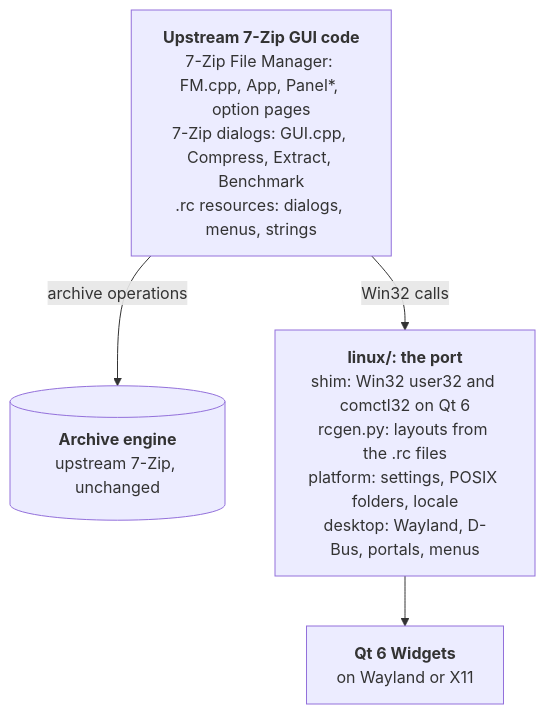
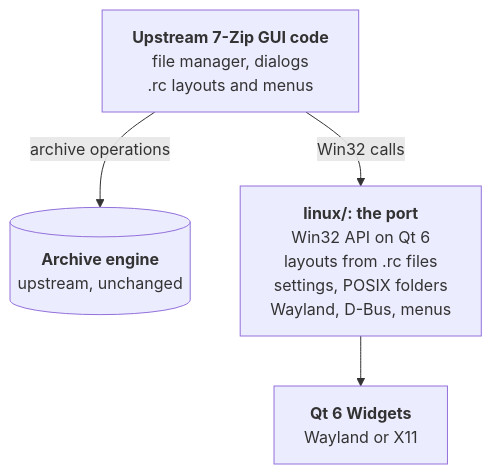
Before and after one commit to mikigal/7zip-linux: the diagram in .github/README.md, drawn with Mermaid. The commit also changed other lines of this file and 1 other file, not shown here.

Commit message:
docs: README screenshot of an open archive, shorter diagram labels
The Screenshots section starts with 7zFM showing a 7z archive with
folders and files of many types, four of them selected, and the columns
that 7z stores (packed size, attributes, CRC, method).

GitHub renders Mermaid labels at most 200 pixels wide, which folded the
long lines of the diagram into narrow columns; the labels are now short.

````diff
--- a/.github/README.md
+++ b/.github/README.md
@@ -355,10 +361,10 @@
 ```mermaid
 flowchart TB
-  ui["<b>Upstream 7-Zip GUI code</b><br/>7-Zip File Manager: FM.cpp, App, Panel*, option pages<br/>7-Zip dialogs: GUI.cpp, Compress, Extract, Benchmark<br/>.rc resources: dialogs, menus, strings"]
-  core[("<b>Archive engine</b><br/>upstream 7-Zip, unchanged")]
-  port["<b>linux/: the port</b><br/>shim: Win32 user32 and comctl32 on Qt 6<br/>rcgen.py: layouts from the .rc files<br/>platform: settings, POSIX folders, locale<br/>desktop: Wayland, D-Bus, portals, menus"]
-  qt["<b>Qt 6 Widgets</b><br/>on Wayland or X11"]
+  ui["<b>Upstream 7-Zip GUI code</b><br/>file manager, dialogs<br/>.rc layouts and menus"]
+  core[("<b>Archive engine</b><br/>upstream, unchanged")]
+  port["<b>linux/: the port</b><br/>Win32 API on Qt 6<br/>layouts from .rc files<br/>settings, POSIX folders<br/>Wayland, D-Bus, menus"]
+  qt["<b>Qt 6 Widgets</b><br/>Wayland or X11"]
   ui -- "archive operations" --> core
   ui -- "Win32 calls" --> port
   port --> qt
 ```
````
